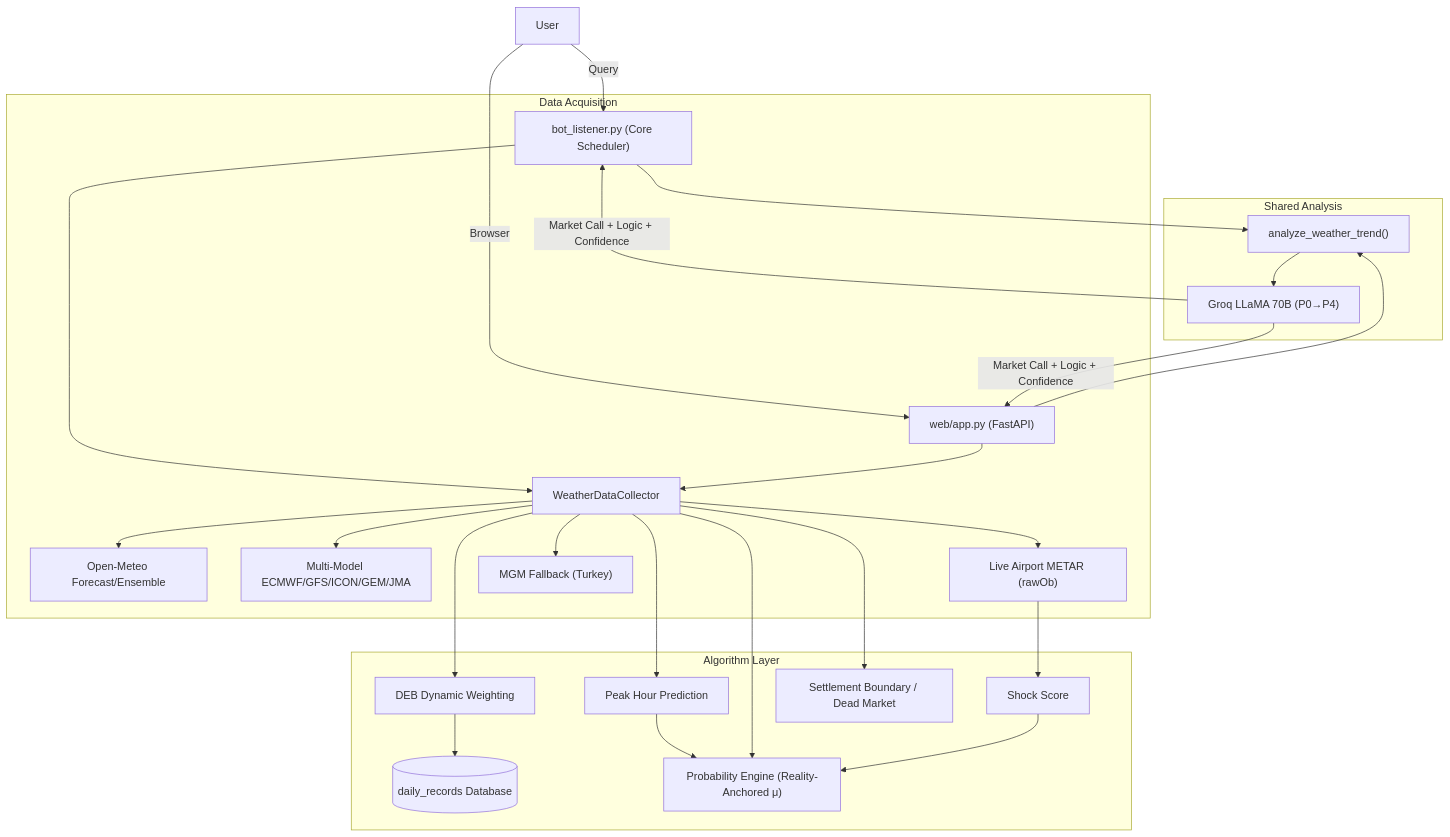
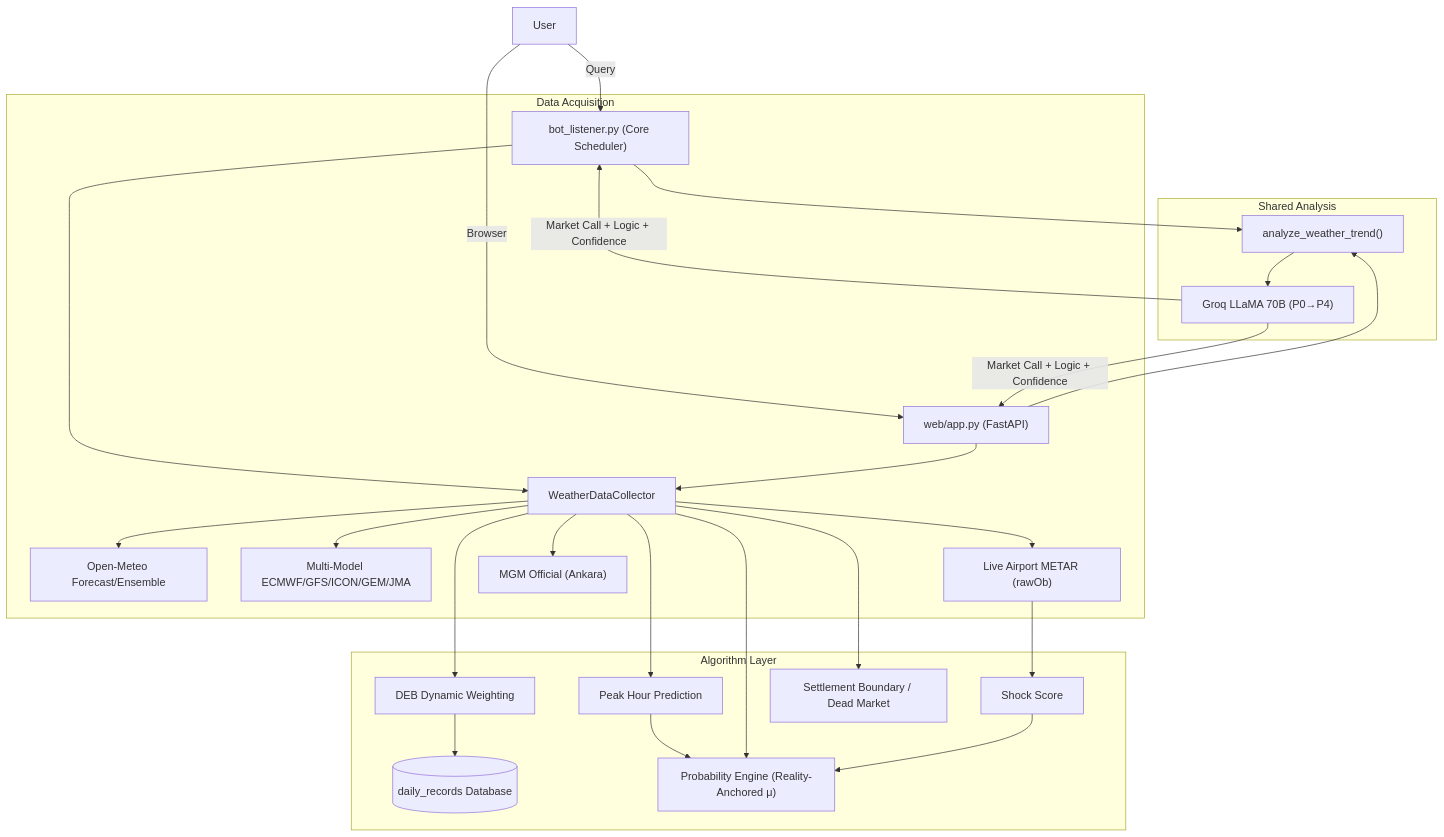
Before and after one commit to ivanmladek/PolyWeather: the diagram in README.md, drawn with Mermaid. The commit also changed other lines of this file and 2 other files, not shown here.

Commit message:
feat: Enhance real-time data fetching with cache control and primary MGM sourcing for Ankara, and add technical debt documentation.

````diff
--- a/README.md
+++ b/README.md
@@ -152,34 +153,34 @@
 ```mermaid
 graph TD
     User[User] -->|Query| Bot["bot_listener.py (Core Scheduler)"]
     User -->|Browser| Web["web/app.py (FastAPI)"]
 
     subgraph Data Acquisition
         Bot --> Collector[WeatherDataCollector]
         Web --> Collector
         Collector --> OM[Open-Meteo Forecast/Ensemble]
         Collector --> MM[Multi-Model ECMWF/GFS/ICON/GEM/JMA]
         Collector --> METAR["Live Airport METAR (rawOb)"]
-        Collector --> MGM["MGM Fallback (Turkey)"]
+        Collector --> MGM["MGM Official (Ankara)"]
     end
 
     subgraph Algorithm Layer
         Collector --> Peak[Peak Hour Prediction]
         Collector --> DEB[DEB Dynamic Weighting]
         DEB --> DB[(daily_records Database)]
         Peak --> Prob["Probability Engine (Reality-Anchored μ)"]
         Collector --> Prob
         METAR --> Shock[Shock Score]
         Shock --> Prob
         Collector --> Logic["Settlement Boundary / Dead Market"]
     end
 
     subgraph Shared Analysis
         Bot --> ATF["analyze_weather_trend()"]
         Web --> ATF
         ATF --> AI["Groq LLaMA 70B (P0→P4)"]
     end
 
     AI -->|Market Call + Logic + Confidence| Bot
     AI -->|Market Call + Logic + Confidence| Web
 ```
````
